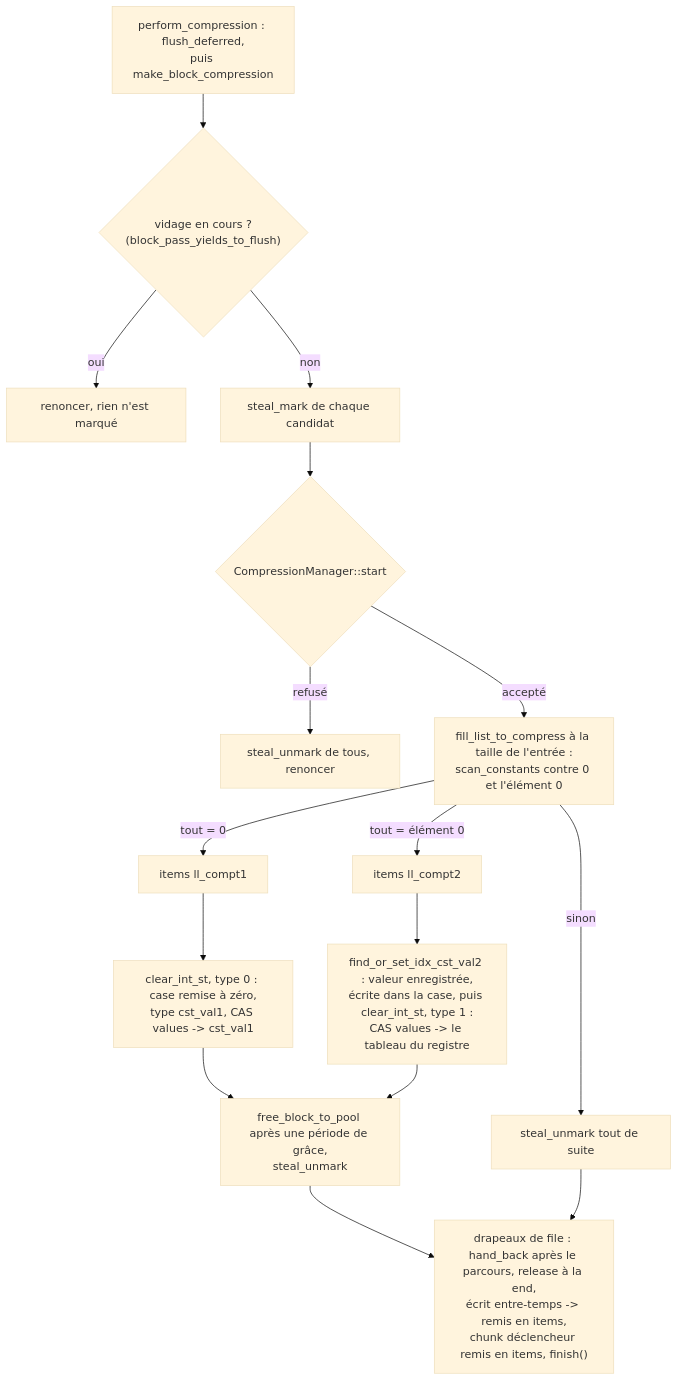
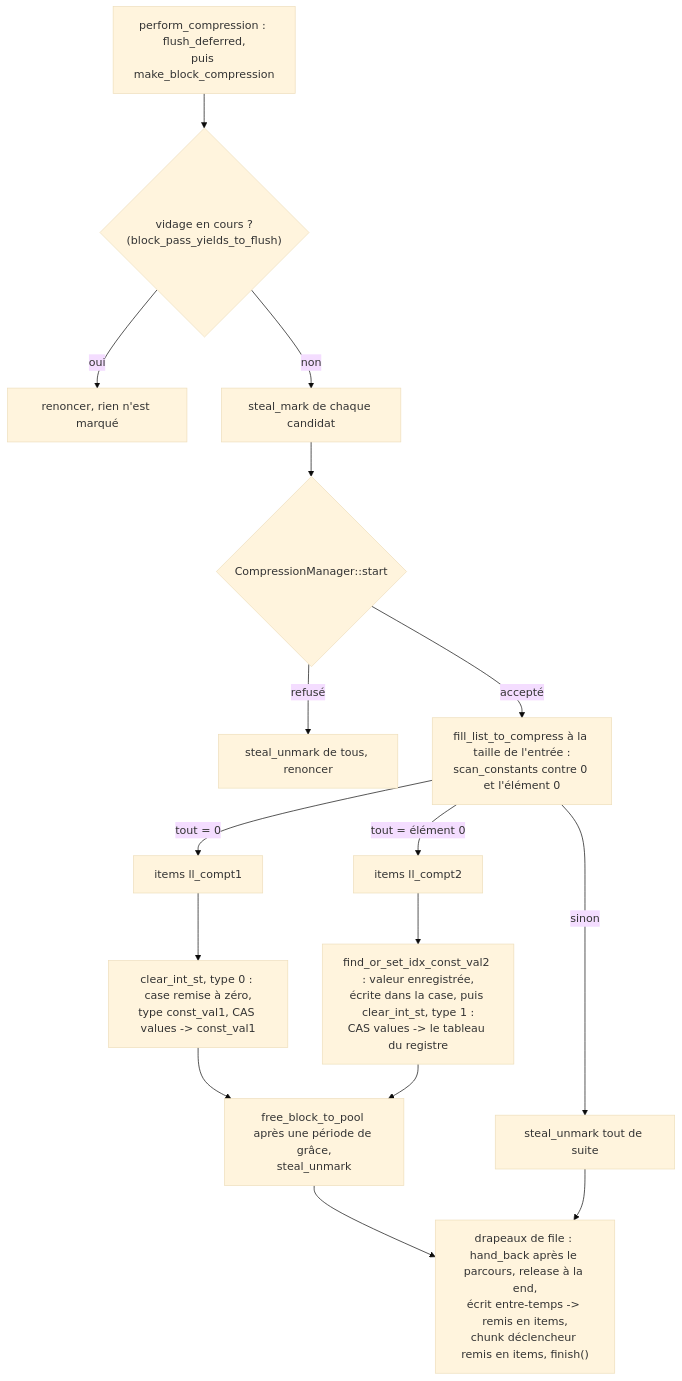
One commit to cea-hpc/shrink-array changed the first of 2 diagrams in docs/algo_zero_any_fr.md. Above: the diagram before and after it, drawn with Mermaid (base theme). The commit also changed other lines of this file and 108 other files, not shown here.

First line of the commit message:
French names in English (4/4): cst (constante) is const

````diff
--- a/docs/algo_zero_any_fr.md
+++ b/docs/algo_zero_any_fr.md
@@ -135,18 +135,18 @@
 ```mermaid
 flowchart TD
     A["perform_compression : flush_deferred,<br/>puis make_block_compression"] --> B{"vidage en cours ?<br/>(block_pass_yields_to_flush)"}
     B -->|oui| B1["renoncer, rien n'est marqué"]
     B -->|non| C["steal_mark de chaque candidat"]
     C --> D{"CompressionManager::start"}
     D -->|refusé| D1["steal_unmark de tous, renoncer"]
     D -->|accepté| E["fill_list_to_compress à la taille de l'entrée :<br/>scan_constants contre 0 et l'élément 0"]
     E -->|"tout = 0"| F["items ll_compt1"]
     E -->|"tout = élément 0"| G["items ll_compt2"]
     E -->|"sinon"| N["steal_unmark tout de suite"]
-    F --> F1["clear_int_st, type 0 : case remise à zéro,<br/>type cst_val1, CAS values -> cst_val1"]
-    G --> G1["find_or_set_idx_cst_val2 : valeur enregistrée,<br/>écrite dans la case, puis clear_int_st, type 1 :<br/>CAS values -> le tableau du registre"]
+    F --> F1["clear_int_st, type 0 : case remise à zéro,<br/>type const_val1, CAS values -> const_val1"]
+    G --> G1["find_or_set_idx_const_val2 : valeur enregistrée,<br/>écrite dans la case, puis clear_int_st, type 1 :<br/>CAS values -> le tableau du registre"]
     F1 --> R["free_block_to_pool après une période de grâce,<br/>steal_unmark"]
     G1 --> R
     R --> K["drapeaux de file : hand_back après le parcours, release à la end,<br/>écrit entre-temps -> remis en items,<br/>chunk déclencheur remis en items, finish()"]
     N --> K
 ```
````
